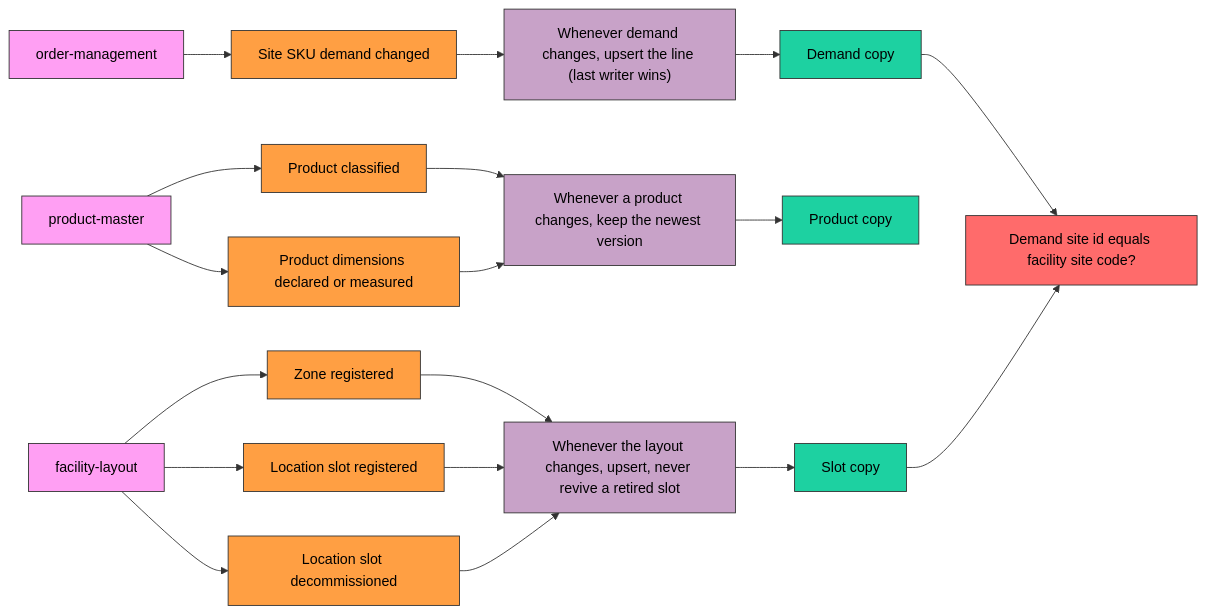
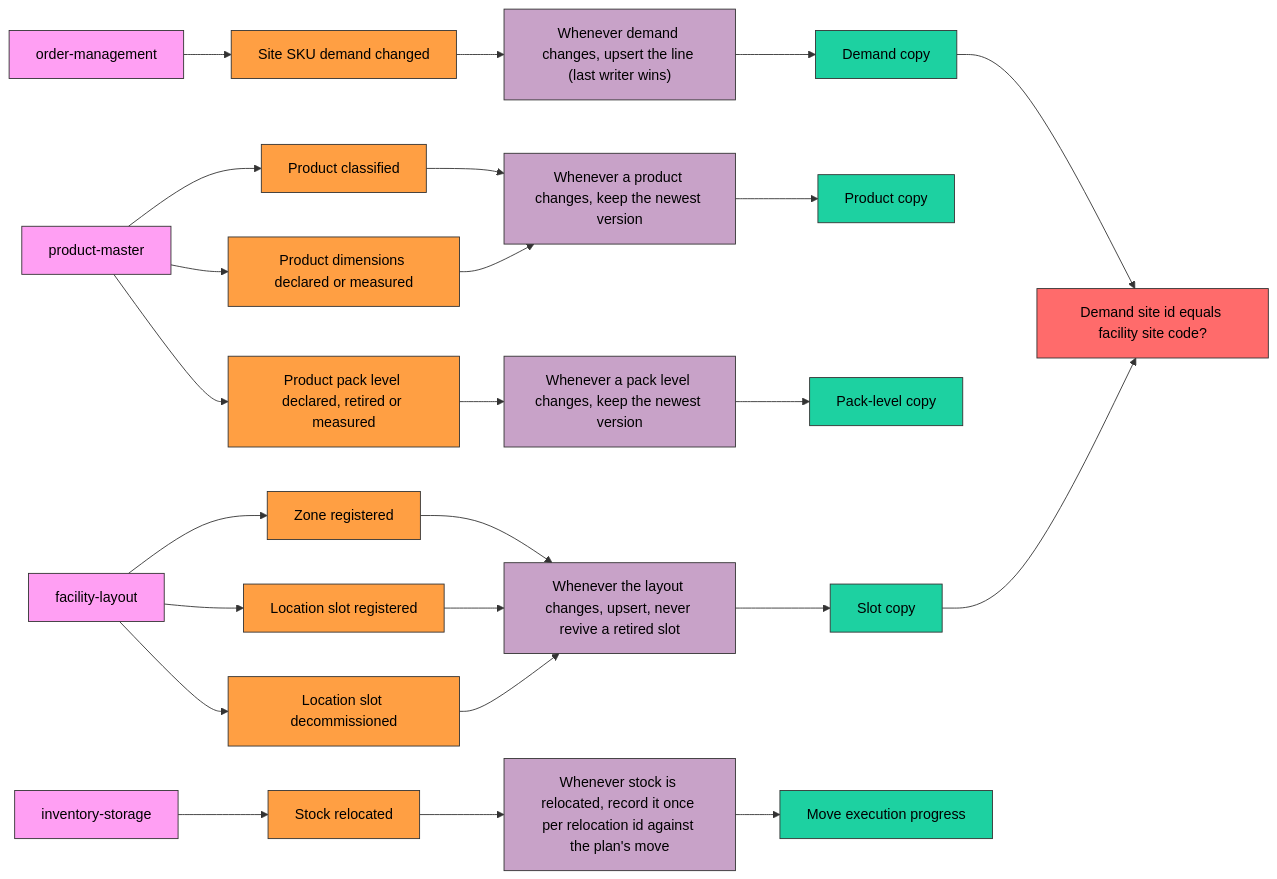
Before and after one commit to IQVO/slotting-optimization: the second of 2 diagrams in docs/docs/ddd/eventstorming.md, drawn with Mermaid. The commit also changed other lines of this file and 16 other files, not shown here.

First line of the commit message:
docs(slotting-optimization): wired service, three SlotPlanApproved consumers, pack-level and StockRelocated consumers

````diff
--- a/docs/docs/ddd/eventstorming.md
+++ b/docs/docs/ddd/eventstorming.md
@@ -60,34 +72,43 @@
 ```mermaid
 flowchart LR
     classDef event fill:#ff9f43,stroke:#333,color:#000
     classDef policy fill:#c8a2c8,stroke:#333,color:#000
     classDef readmodel fill:#1dd1a1,stroke:#333,color:#000
     classDef external fill:#ff9ff3,stroke:#333,color:#000
     classDef hotspot fill:#ff6b6b,stroke:#333,color:#000
 
     om["order-management"]:::external
     pm["product-master"]:::external
     fl["facility-layout"]:::external
+    is["inventory-storage"]:::external
     e1["Site SKU demand changed"]:::event
     e2["Product classified"]:::event
     e3["Product dimensions declared or measured"]:::event
+    e7["Product pack level declared, retired or measured"]:::event
+    e8["Stock relocated"]:::event
     e4["Zone registered"]:::event
     e5["Location slot registered"]:::event
     e6["Location slot decommissioned"]:::event
     p1["Whenever demand changes, upsert the line (last writer wins)"]:::policy
     p2["Whenever a product changes, keep the newest version"]:::policy
     p3["Whenever the layout changes, upsert, never revive a retired slot"]:::policy
+    p4["Whenever a pack level changes, keep the newest version"]:::policy
+    p5["Whenever stock is relocated, record it once per relocation id against the plan's move"]:::policy
     r1["Demand copy"]:::readmodel
     r2["Product copy"]:::readmodel
     r3["Slot copy"]:::readmodel
+    r4["Pack-level copy"]:::readmodel
+    r5["Move execution progress"]:::readmodel
     hs2["Demand site id equals facility site code?"]:::hotspot
 
     om --> e1 --> p1 --> r1
     pm --> e2 --> p2
     pm --> e3 --> p2 --> r2
     fl --> e4 --> p3
     fl --> e5 --> p3
     fl --> e6 --> p3 --> r3
+    pm --> e7 --> p4 --> r4
+    is --> e8 --> p5 --> r5
     r1 --> hs2
     r3 --> hs2
 ```
````
